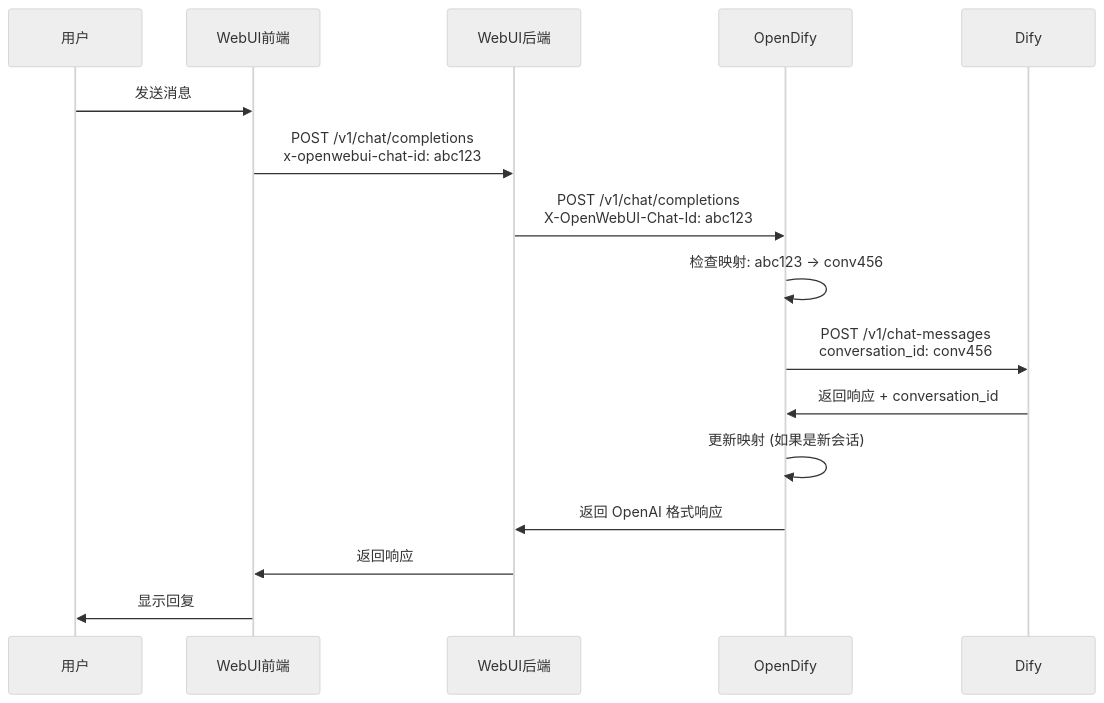
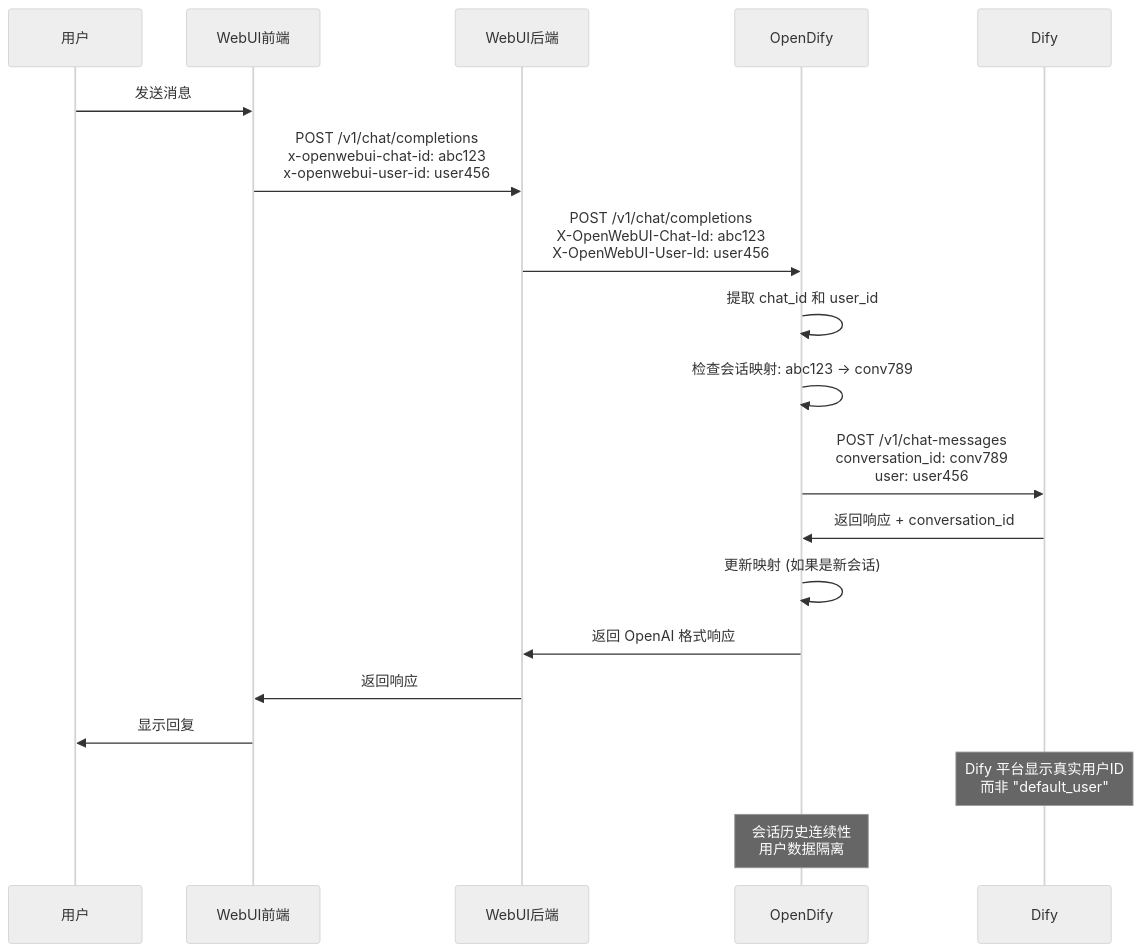
The diagram in docs/chat-id-integration-guide.md (gaivrt/BetterOpenDify), drawn with Mermaid (neutral theme) before and after one commit. The commit also changed other lines of this file and 16 other files, not shown here.

````diff
--- a/docs/chat-id-integration-guide.md
+++ b/docs/chat-id-integration-guide.md
@@ -197,19 +340,23 @@
 ```mermaid
 sequenceDiagram
     participant U as 用户
     participant F as WebUI前端
     participant B as WebUI后端
     participant O as OpenDify
     participant D as Dify
 
     U->>F: 发送消息
-    F->>B: POST /v1/chat/completions<br/>x-openwebui-chat-id: abc123
-    B->>O: POST /v1/chat/completions<br/>X-OpenWebUI-Chat-Id: abc123
-    O->>O: 检查映射: abc123 -> conv456
-    O->>D: POST /v1/chat-messages<br/>conversation_id: conv456
+    F->>B: POST /v1/chat/completions<br/>x-openwebui-chat-id: abc123<br/>x-openwebui-user-id: user456
+    B->>O: POST /v1/chat/completions<br/>X-OpenWebUI-Chat-Id: abc123<br/>X-OpenWebUI-User-Id: user456  
+    O->>O: 提取 chat_id 和 user_id
+    O->>O: 检查会话映射: abc123 -> conv789
+    O->>D: POST /v1/chat-messages<br/>conversation_id: conv789<br/>user: user456
     D->>O: 返回响应 + conversation_id
     O->>O: 更新映射 (如果是新会话)
     O->>B: 返回 OpenAI 格式响应
     B->>F: 返回响应
     F->>U: 显示回复
+    
+    Note over D: Dify 平台显示真实用户ID<br/>而非 "default_user"
+    Note over O: 会话历史连续性<br/>用户数据隔离
 ```
````
